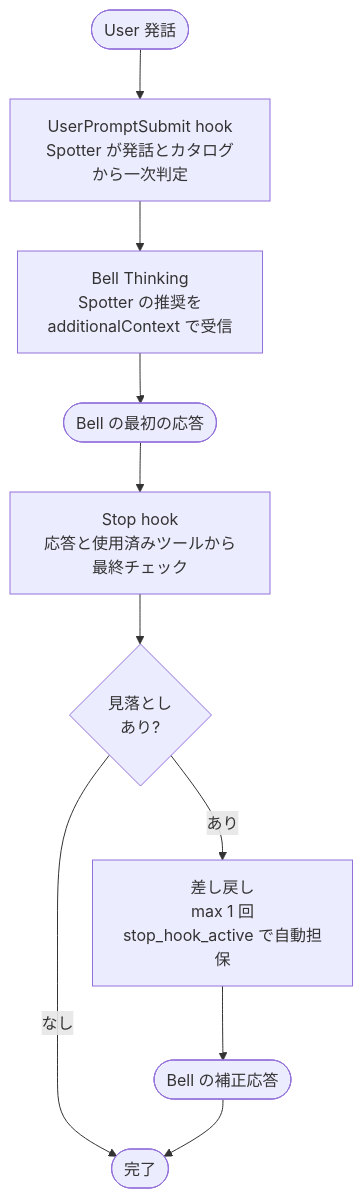
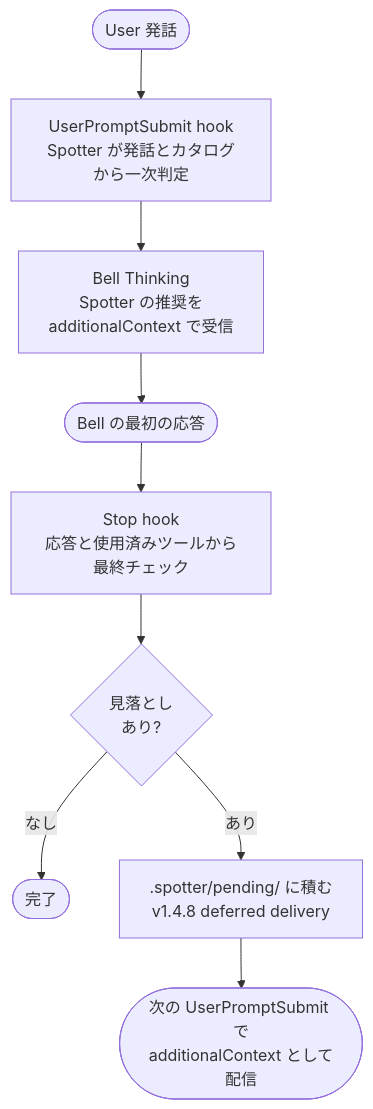
Before and after one commit to kitepon-rgb/Spotter: the first of 2 diagrams in README.ja.md, drawn with Mermaid. The commit also changed other lines of this file and 24 other files, not shown here.

````diff
--- a/README.ja.md
+++ b/README.ja.md
@@ -70,11 +70,11 @@
 ```mermaid
 flowchart TD
     U([User 発話]) --> UPH[UserPromptSubmit hook<br/>Spotter が発話とカタログから一次判定]
     UPH --> BT[Bell Thinking<br/>Spotter の推奨を<br/>additionalContext で受信]
     BT --> BA([Bell の最初の応答])
     BA --> SH[Stop hook<br/>応答と使用済みツールから最終チェック]
     SH --> DEC{見落とし<br/>あり?}
     DEC -->|なし| DONE([完了])
-    DEC -->|あり| SB[差し戻し<br/>max 1 回<br/>stop_hook_active で自動担保]
-    SB --> BA2([Bell の補正応答]) --> DONE
+    DEC -->|あり| SB[.spotter/pending/ に積む<br/>v1.4.8 deferred delivery]
+    SB --> NEXT([次の UserPromptSubmit で<br/>additionalContext として配信])
 ```
````
